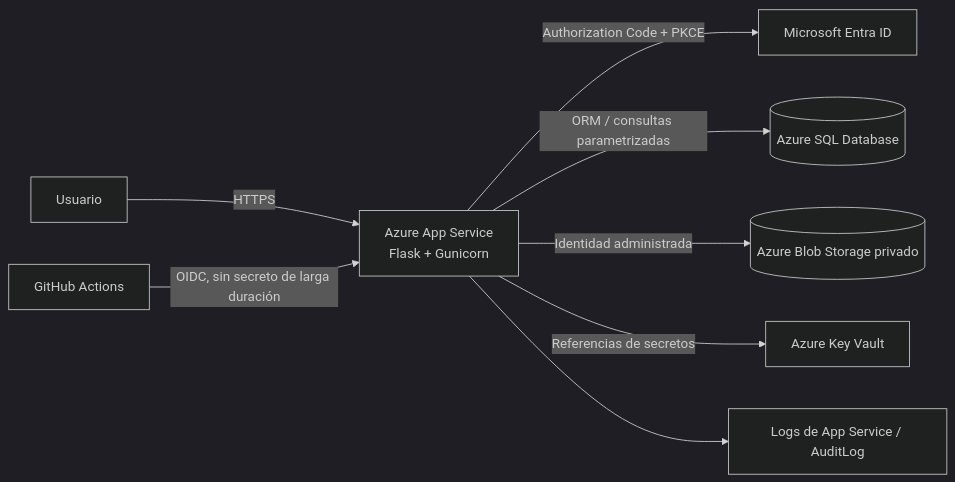
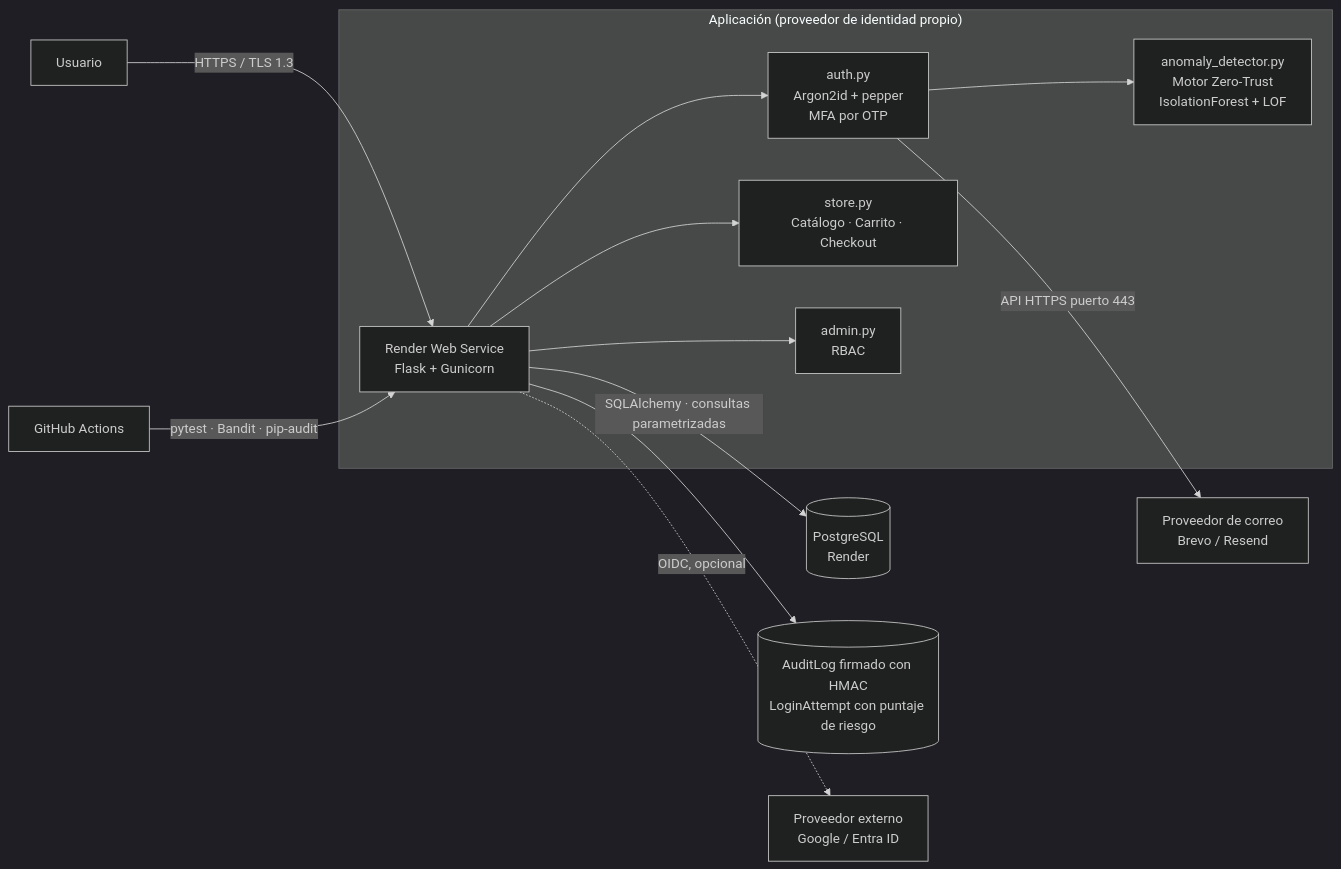
Before and after one commit to jlindo-cloud/PS-P1-SecureAuth-Platform: the first of 4 diagrams in ARCHITECTURE.md, drawn with Mermaid (dark theme). The commit also changed other lines of this file and 12 other files, not shown here.

````diff
--- a/ARCHITECTURE.md
+++ b/ARCHITECTURE.md
@@ -3,10 +5,18 @@
 ```mermaid
 flowchart LR
-    U[Usuario] -->|HTTPS| A[Azure App Service\nFlask + Gunicorn]
-    A -->|Authorization Code + PKCE| E[Microsoft Entra ID]
-    A -->|ORM / consultas parametrizadas| S[(Azure SQL Database)]
-    A -->|Identidad administrada| B[(Azure Blob Storage privado)]
-    A -->|Referencias de secretos| K[Azure Key Vault]
-    G[GitHub Actions] -->|OIDC, sin secreto de larga duración| A
-    A --> L[Logs de App Service / AuditLog]
+    U[Usuario] -->|HTTPS / TLS 1.3| A["Render Web Service<br/>Flask + Gunicorn"]
+
+    subgraph APP["Aplicación (proveedor de identidad propio)"]
+        A --> AU["auth.py<br/>Argon2id + pepper<br/>MFA por OTP"]
+        AU --> AN["anomaly_detector.py<br/>Motor Zero-Trust<br/>IsolationForest + LOF"]
+        A --> ST["store.py<br/>Catálogo · Carrito · Checkout"]
+        A --> AD["admin.py<br/>RBAC"]
+    end
+
+    A -->|SQLAlchemy · consultas parametrizadas| DB[("PostgreSQL<br/>Render")]
+    AU -->|API HTTPS puerto 443| M["Proveedor de correo<br/>Brevo / Resend"]
+    A --> L[("AuditLog firmado con HMAC<br/>LoginAttempt con puntaje de riesgo")]
+    A -.->|OIDC, opcional| OA["Proveedor externo<br/>Google / Entra ID"]
+
+    G[GitHub Actions] -->|pytest · Bandit · pip-audit| A
 ```
````
